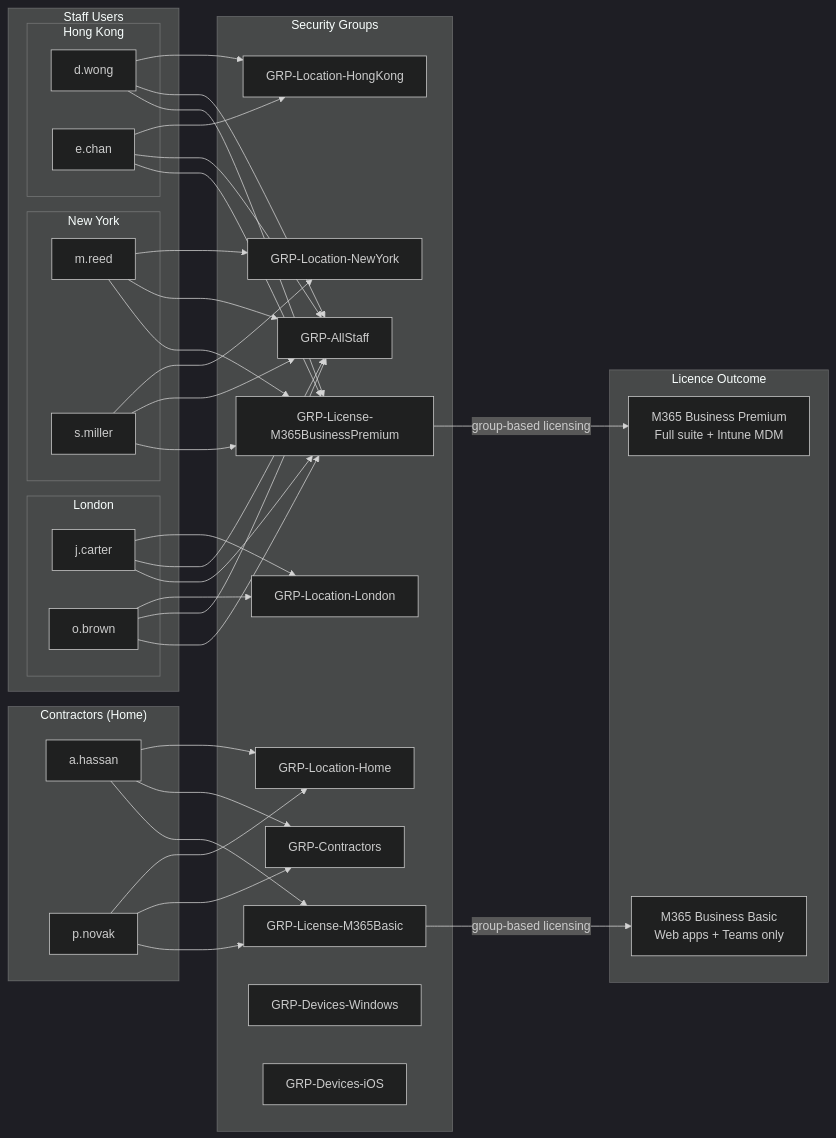
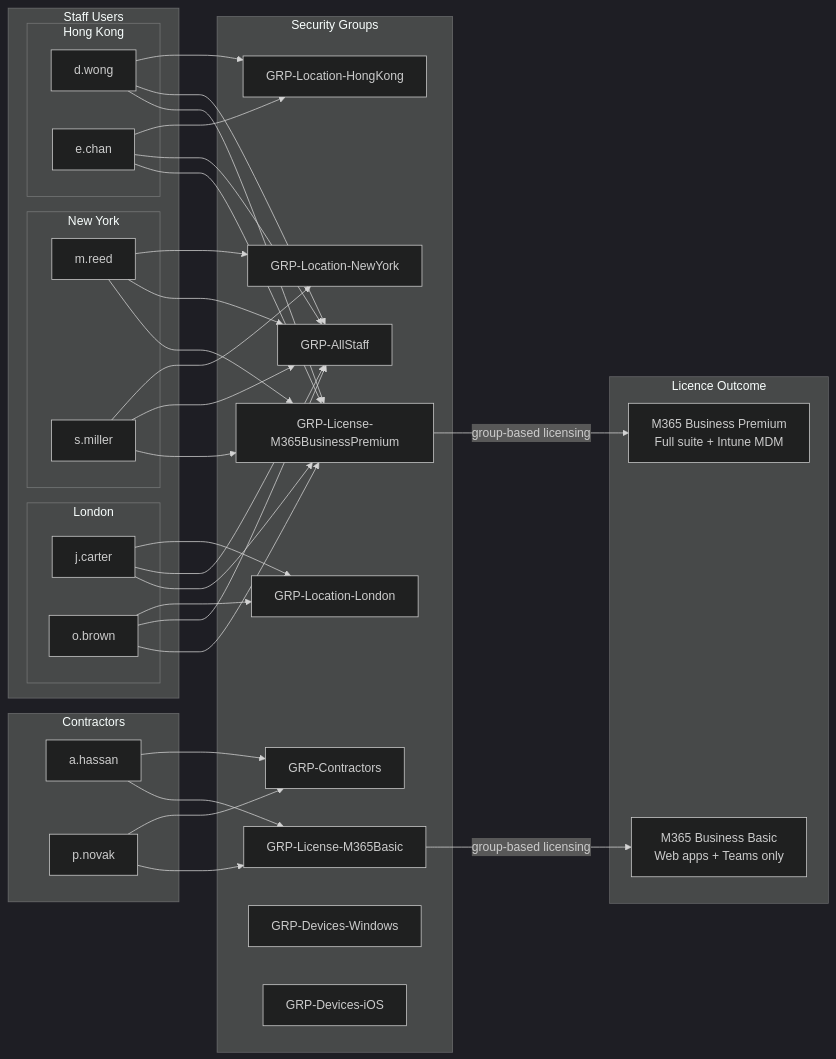
One commit to sandtiger76/engineering-portfolio changed the second of 2 diagrams in m365-hybrid/docs/02-ad-scripts.md. Above: the diagram before and after it, drawn with Mermaid (dark theme). The commit also changed other lines of this file and 1 other file, not shown here.

````diff
--- a/m365-hybrid/docs/02-ad-scripts.md
+++ b/m365-hybrid/docs/02-ad-scripts.md
@@ -63,53 +80,51 @@
 ```mermaid
 graph LR
     subgraph STAFF["Staff Users"]
         subgraph LONDON["London"]
             JC["j.carter"]
             OB["o.brown"]
         end
         subgraph NEWYORK["New York"]
             MR["m.reed"]
             SM["s.miller"]
         end
         subgraph HONGKONG["Hong Kong"]
             DW["d.wong"]
             EC["e.chan"]
         end
     end
 
-    subgraph CONTRACTORS["Contractors (Home)"]
+    subgraph CONTRACTORS["Contractors"]
         AH["a.hassan"]
         PN["p.novak"]
     end
 
     subgraph GROUPS["Security Groups"]
         GLL["GRP-Location-London"]
         GLN["GRP-Location-NewYork"]
         GLH["GRP-Location-HongKong"]
-        GLO["GRP-Location-Home"]
         GAS["GRP-AllStaff"]
         GCT["GRP-Contractors"]
         GLI["GRP-License-M365BusinessPremium"]
         GLC["GRP-License-M365Basic"]
         GDW["GRP-Devices-Windows"]
         GDI["GRP-Devices-iOS"]
     end
 
     subgraph OUTCOME["Licence Outcome"]
         LPREM["M365 Business Premium\nFull suite + Intune MDM"]
         LBASE["M365 Business Basic\nWeb apps + Teams only"]
     end
 
     JC & OB --> GLL
     MR & SM --> GLN
     DW & EC --> GLH
-    AH & PN --> GLO
     AH & PN --> GCT
 
     JC & OB & MR & SM & DW & EC --> GAS
     JC & OB & MR & SM & DW & EC --> GLI
     AH & PN --> GLC
 
     GLI -->|"group-based licensing"| LPREM
     GLC -->|"group-based licensing"| LBASE
 ```
````
